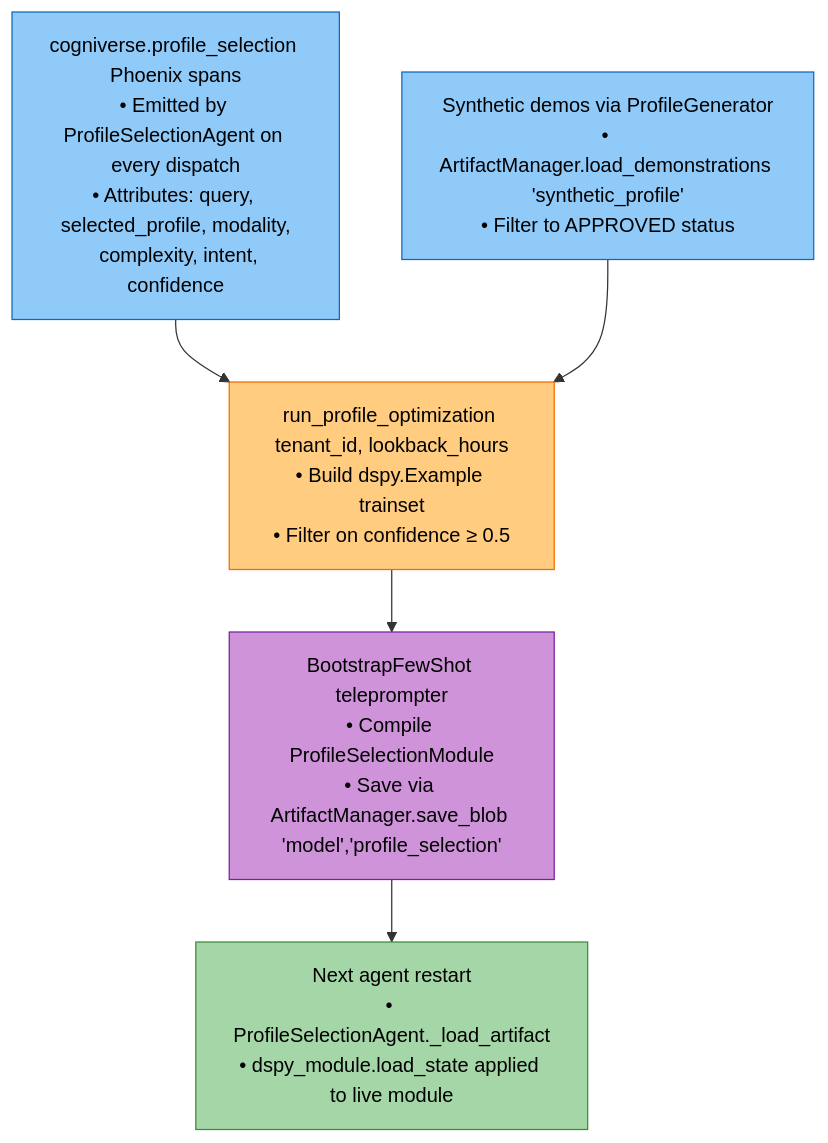
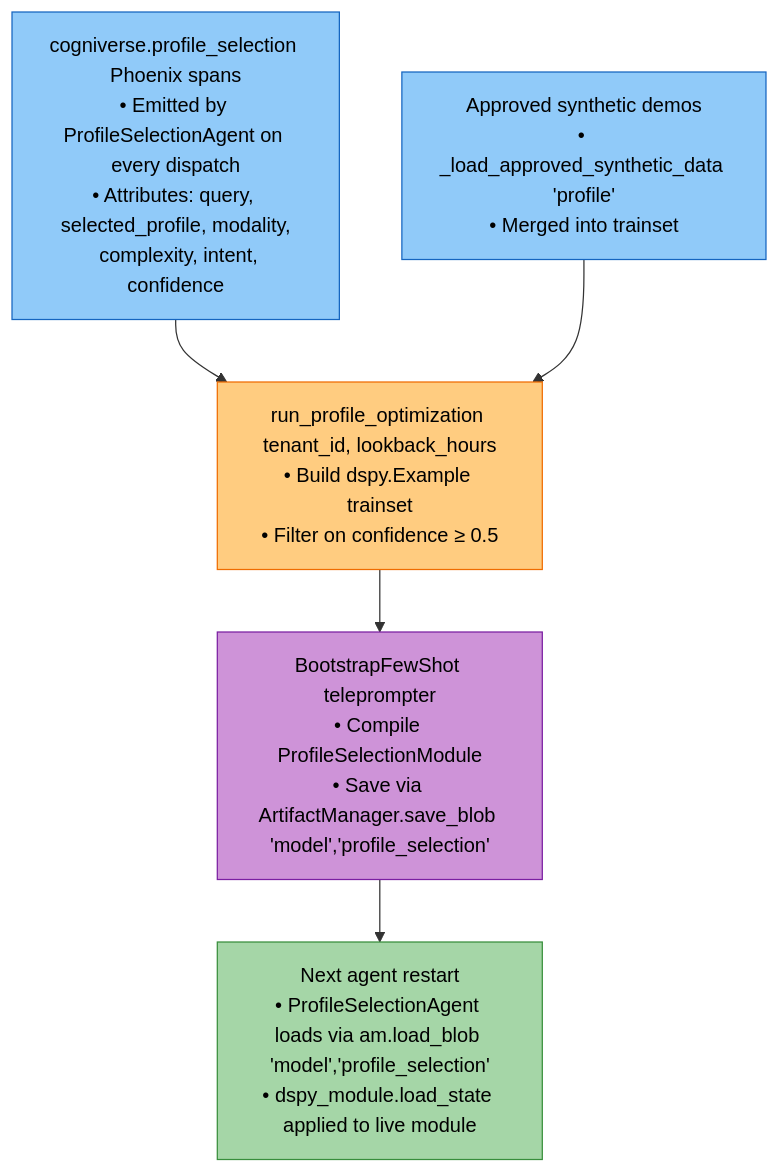
Before and after one commit to amit-jain/cogniverse: the third of 4 diagrams in docs/modules/optimization.md, drawn with Mermaid. The commit also changed other lines of this file and 50 other files, not shown here.

First line of the commit message:
Complete and verify docs against code with mermaid palette

````diff
--- a/docs/modules/optimization.md
+++ b/docs/modules/optimization.md
@@ -122,18 +186,18 @@
 ```mermaid
 flowchart TB
     Spans["<span style='color:#000'>cogniverse.profile_selection Phoenix spans<br/>• Emitted by ProfileSelectionAgent on every dispatch<br/>• Attributes: query, selected_profile, modality,<br/>  complexity, intent, confidence</span>"]
 
     Spans --> RunOpt["<span style='color:#000'>run_profile_optimization tenant_id, lookback_hours<br/>• Build dspy.Example trainset<br/>• Filter on confidence ≥ 0.5</span>"]
 
-    Synthetic["<span style='color:#000'>Synthetic demos via ProfileGenerator<br/>• ArtifactManager.load_demonstrations 'synthetic_profile'<br/>• Filter to APPROVED status</span>"] --> RunOpt
+    Synthetic["<span style='color:#000'>Approved synthetic demos<br/>• _load_approved_synthetic_data 'profile'<br/>• Merged into trainset</span>"] --> RunOpt
 
     RunOpt --> Compile["<span style='color:#000'>BootstrapFewShot teleprompter<br/>• Compile ProfileSelectionModule<br/>• Save via ArtifactManager.save_blob 'model','profile_selection'</span>"]
 
-    Compile --> Reload["<span style='color:#000'>Next agent restart<br/>• ProfileSelectionAgent._load_artifact<br/>• dspy_module.load_state applied to live module</span>"]
+    Compile --> Reload["<span style='color:#000'>Next agent restart<br/>• ProfileSelectionAgent loads via am.load_blob 'model','profile_selection'<br/>• dspy_module.load_state applied to live module</span>"]
 
     style Spans fill:#90caf9,stroke:#1565c0,color:#000
     style Synthetic fill:#90caf9,stroke:#1565c0,color:#000
     style RunOpt fill:#ffcc80,stroke:#ef6c00,color:#000
     style Compile fill:#ce93d8,stroke:#7b1fa2,color:#000
     style Reload fill:#a5d6a7,stroke:#388e3c,color:#000
 ```
````
